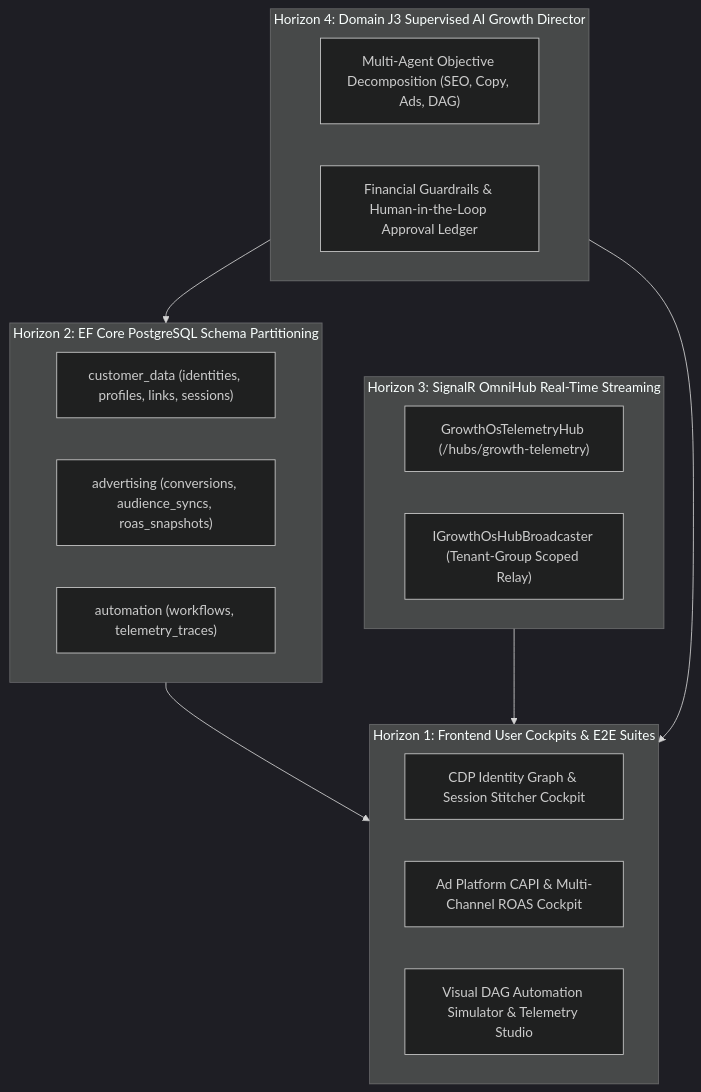
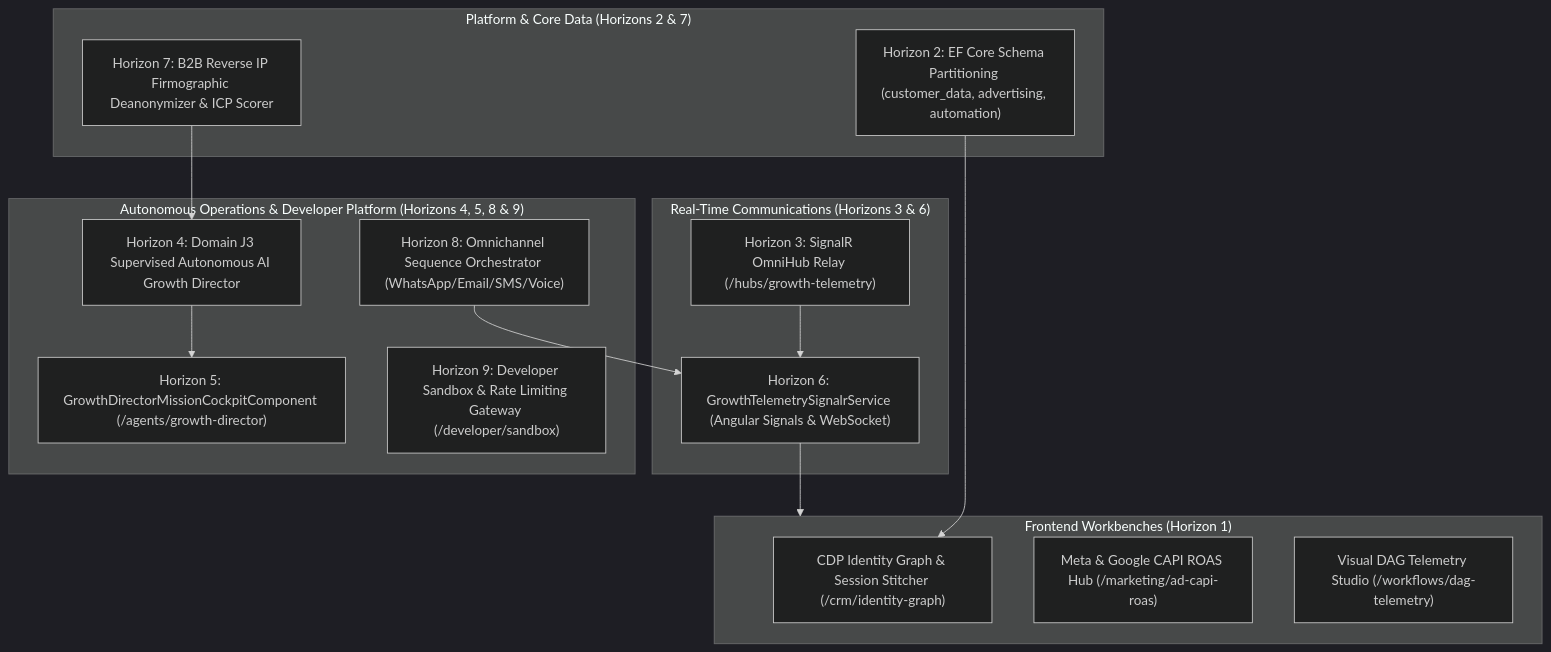
Before and after one commit to Moutia-Ben-Yahia/SGrowing: the diagram in docs/growth-os-roadmap-execution-report.md, drawn with Mermaid (dark theme). The commit also changed other lines of this file, not shown here.

Commit message:
docs: finalize delivery of Horizon 9 in growth OS execution report

````diff
--- a/docs/growth-os-roadmap-execution-report.md
+++ b/docs/growth-os-roadmap-execution-report.md
@@ -13,29 +13,32 @@
 ```mermaid
 graph TD
-    subgraph H1["Horizon 1: Frontend User Cockpits & E2E Suites"]
-        H1_1["CDP Identity Graph & Session Stitcher Cockpit"]
-        H1_2["Ad Platform CAPI & Multi-Channel ROAS Cockpit"]
-        H1_3["Visual DAG Automation Simulator & Telemetry Studio"]
+    subgraph FOUNDATION["Platform & Core Data (Horizons 2 & 7)"]
+        H2["Horizon 2: EF Core Schema Partitioning (customer_data, advertising, automation)"]
+        H7["Horizon 7: B2B Reverse IP Firmographic Deanonymizer & ICP Scorer"]
     end
 
-    subgraph H2["Horizon 2: EF Core PostgreSQL Schema Partitioning"]
-        H2_1["customer_data (identities, profiles, links, sessions)"]
-        H2_2["advertising (conversions, audience_syncs, roas_snapshots)"]
-        H2_3["automation (workflows, telemetry_traces)"]
+    subgraph REALTIME["Real-Time Communications (Horizons 3 & 6)"]
+        H3["Horizon 3: SignalR OmniHub Relay (/hubs/growth-telemetry)"]
+        H6["Horizon 6: GrowthTelemetrySignalrService (Angular Signals & WebSocket)"]
     end
 
-    subgraph H3["Horizon 3: SignalR OmniHub Real-Time Streaming"]
-        H3_1["GrowthOsTelemetryHub (/hubs/growth-telemetry)"]
-        H3_2["IGrowthOsHubBroadcaster (Tenant-Group Scoped Relay)"]
+    subgraph AUTONOMY["Autonomous Operations & Developer Platform (Horizons 4, 5, 8 & 9)"]
+        H4["Horizon 4: Domain J3 Supervised Autonomous AI Growth Director"]
+        H5["Horizon 5: GrowthDirectorMissionCockpitComponent (/agents/growth-director)"]
+        H8["Horizon 8: Omnichannel Sequence Orchestrator (WhatsApp/Email/SMS/Voice)"]
+        H9["Horizon 9: Developer Sandbox & Rate Limiting Gateway (/developer/sandbox)"]
     end
 
-    subgraph H4["Horizon 4: Domain J3 Supervised AI Growth Director"]
-        H4_1["Multi-Agent Objective Decomposition (SEO, Copy, Ads, DAG)"]
-        H4_2["Financial Guardrails & Human-in-the-Loop Approval Ledger"]
+    subgraph COCKPITS["Frontend Workbenches (Horizon 1)"]
+        H1_1["CDP Identity Graph & Session Stitcher (/crm/identity-graph)"]
+        H1_2["Meta & Google CAPI ROAS Hub (/marketing/ad-capi-roas)"]
+        H1_3["Visual DAG Telemetry Studio (/workflows/dag-telemetry)"]
     end
 
-    H2 --> H1
-    H3 --> H1
-    H4 --> H1
-    H4 --> H2
+    H2 --> H1_1
+    H3 --> H6
+    H6 --> COCKPITS
+    H4 --> H5
+    H7 --> H4
+    H8 --> H6
 ```
````
